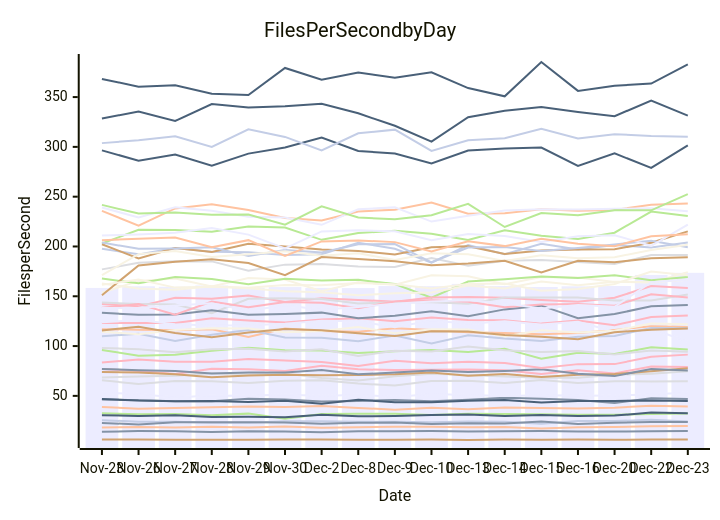
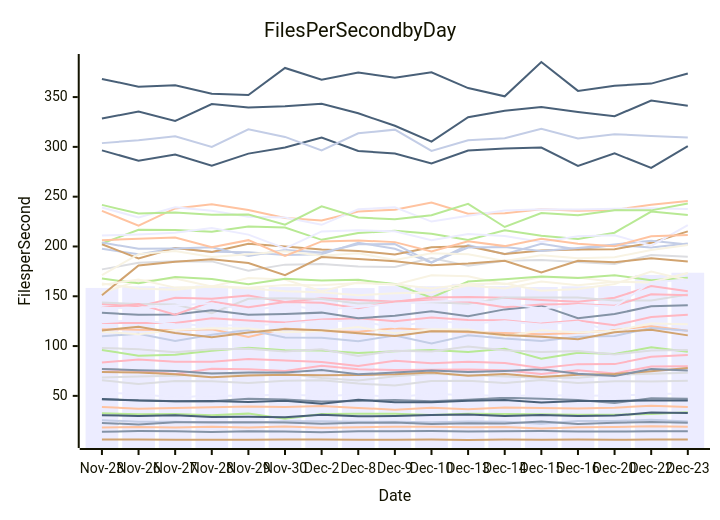
The diagram in perf-report.md (streetsidesoftware/cspell), drawn with Mermaid before and after one commit. The commit also changed other lines of this file and 1 other file, not shown here.

````diff
--- a/perf-report.md
+++ b/perf-report.md
@@ -10,57 +10,57 @@
 ```mermaid
 xychart-beta
     title Files Per Second by Day
     y-axis Files per Second
     x-axis Date [Nov-23, Nov-26, Nov-27, Nov-28, Nov-29, Nov-30, Dec-2, Dec-8, Dec-9, Dec-10, Dec-13, Dec-14, Dec-15, Dec-16, Dec-20, Dec-22, Dec-23]
-    bar [158.38, 160.01, 159.51, 160.85, 158.58, 159.25, 158.41, 158.24, 160.26, 160.13, 162.46, 160.30, 159.32, 159.99, 160.32, 171.41, 173.53]
-    line [46.39, 45.62, 44.62, 44.61, 47.22, 46.33, 44.42, 44.87, 45.90, 44.67, 46.00, 48.05, 47.07, 45.85, 42.75, 47.52, 46.92]
-    line [18.27, 18.83, 18.32, 19.02, 18.13, 19.36, 18.09, 18.49, 18.92, 19.04, 18.41, 18.71, 17.35, 18.44, 18.66, 19.39, 19.85]
-    line [68.53, 69.45, 70.29, 72.76, 71.50, 72.49, 68.01, 65.32, 69.78, 72.32, 70.99, 69.49, 68.20, 68.29, 71.18, 72.28, 74.73]
-    line [32.47, 31.60, 31.68, 30.55, 32.17, 27.01, 31.76, 31.99, 31.99, 30.84, 32.08, 31.89, 31.67, 31.01, 31.00, 31.79, 32.41]
-    line [6.29, 6.16, 6.03, 5.90, 6.01, 6.16, 6.12, 6.00, 6.03, 6.11, 5.69, 6.12, 5.85, 6.27, 5.94, 6.19, 6.21]
-    line [25.56, 24.09, 24.00, 22.97, 23.09, 24.60, 24.46, 23.99, 23.97, 23.56, 24.27, 23.97, 21.89, 24.77, 24.75, 25.98, 24.27]
-    line [76.91, 75.07, 72.02, 77.23, 76.76, 75.06, 80.27, 76.65, 75.94, 76.12, 76.57, 75.62, 71.86, 75.70, 72.52, 79.52, 78.97]
-    line [328.52, 335.50, 325.97, 342.99, 339.55, 340.91, 343.35, 333.69, 321.17, 305.21, 329.78, 336.28, 339.96, 335.03, 330.81, 346.52, 331.41]
-    line [153.59, 165.34, 167.76, 159.74, 168.29, 166.84, 155.06, 164.08, 161.66, 171.02, 169.99, 161.97, 169.28, 168.79, 164.45, 163.90, 174.21]
-    line [53.20, 51.79, 48.42, 50.26, 50.21, 51.36, 49.95, 51.18, 48.94, 51.93, 50.78, 49.91, 50.66, 50.34, 50.02, 51.61, 53.14]
-    line [22.82, 21.29, 23.51, 23.57, 23.50, 23.32, 21.90, 22.93, 23.26, 21.71, 22.48, 22.26, 24.16, 21.86, 22.99, 23.86, 23.78]
-    line [117.00, 116.48, 115.76, 116.91, 109.21, 117.71, 115.04, 114.43, 117.93, 116.17, 113.85, 113.19, 111.86, 113.23, 116.22, 119.95, 119.08]
-    line [65.76, 61.80, 64.96, 64.67, 62.90, 65.22, 65.65, 62.39, 60.36, 64.84, 65.11, 62.93, 65.98, 63.02, 64.70, 64.39, 64.73]
-    line [167.81, 163.00, 169.37, 167.40, 162.13, 167.55, 165.94, 166.49, 162.27, 148.64, 164.74, 167.10, 169.90, 168.25, 171.20, 165.98, 169.45]
-    line [73.90, 73.49, 71.80, 68.80, 70.33, 71.28, 70.66, 70.99, 71.64, 73.38, 70.10, 71.99, 68.96, 71.11, 72.00, 74.62, 77.83]
-    line [197.78, 192.08, 198.49, 194.68, 194.09, 191.43, 192.21, 203.69, 197.75, 183.65, 201.42, 192.31, 202.71, 196.90, 201.49, 199.06, 203.95]
-    line [123.12, 123.27, 123.12, 128.04, 125.68, 123.73, 126.68, 128.02, 124.91, 128.75, 126.25, 125.99, 122.54, 125.77, 120.95, 129.07, 130.68]
-    line [296.48, 286.19, 292.24, 281.16, 293.25, 299.40, 309.39, 295.84, 293.27, 283.38, 296.25, 298.40, 299.27, 280.90, 293.45, 278.89, 301.60]
-    line [162.75, 157.87, 156.54, 160.15, 158.52, 161.43, 161.03, 163.37, 162.01, 157.69, 162.41, 162.92, 155.61, 157.24, 162.25, 174.81, 171.09]
-    line [123.92, 126.14, 121.82, 120.62, 120.89, 122.51, 125.41, 124.96, 118.90, 125.77, 122.50, 124.97, 121.63, 124.44, 114.40, 117.66, 104.37]
-    line [77.00, 75.69, 74.97, 72.54, 73.38, 73.35, 76.02, 71.59, 73.55, 75.54, 73.95, 75.07, 76.77, 72.26, 69.84, 77.03, 75.50]
-    line [235.78, 220.97, 238.24, 242.33, 236.55, 228.65, 226.03, 235.13, 236.77, 244.11, 232.83, 233.41, 237.39, 235.87, 236.73, 241.85, 243.26]
-    line [177.02, 183.57, 185.12, 185.03, 175.76, 181.77, 182.47, 179.95, 179.31, 188.38, 180.77, 185.77, 186.35, 184.33, 182.33, 191.53, 191.35]
-    line [203.01, 216.67, 216.64, 214.89, 220.14, 219.09, 206.67, 213.42, 215.72, 212.77, 206.57, 216.35, 210.81, 207.51, 213.81, 235.09, 230.54]
-    line [202.22, 187.96, 198.52, 194.49, 202.79, 200.07, 197.01, 195.46, 191.88, 199.25, 200.18, 192.55, 195.85, 196.96, 197.31, 203.68, 215.20]
-    line [203.88, 197.62, 198.09, 199.18, 190.53, 196.53, 193.86, 202.32, 202.37, 184.12, 199.02, 199.50, 195.58, 198.56, 202.04, 205.76, 199.19]
-    line [142.14, 139.88, 148.61, 147.55, 150.86, 144.17, 148.12, 146.38, 144.41, 148.76, 149.26, 148.44, 146.25, 144.57, 148.51, 160.26, 158.33]
-    line [30.46, 29.86, 30.48, 28.76, 28.98, 28.47, 31.13, 29.50, 29.81, 30.70, 31.34, 29.78, 30.86, 29.89, 30.20, 33.22, 32.66]
-    line [171.19, 192.32, 195.34, 189.35, 192.30, 195.25, 190.71, 193.15, 186.55, 193.19, 192.23, 185.43, 191.26, 188.26, 189.10, 196.56, 201.71]
-    line [210.99, 212.04, 213.89, 218.50, 211.90, 198.01, 215.07, 216.21, 215.29, 206.31, 212.61, 210.51, 204.56, 210.18, 211.34, 200.66, 221.89]
-    line [13.95, 14.61, 14.49, 13.79, 14.45, 14.21, 13.55, 14.37, 14.53, 14.61, 14.25, 14.42, 14.66, 14.20, 14.14, 14.58, 14.74]
-    line [206.14, 207.83, 208.99, 199.30, 206.34, 190.41, 205.06, 206.03, 204.37, 194.91, 205.14, 200.36, 207.64, 202.85, 200.31, 210.29, 212.36]
-    line [143.68, 142.26, 141.63, 133.10, 147.45, 147.90, 147.19, 142.70, 144.08, 143.97, 142.44, 148.72, 148.74, 148.66, 145.81, 145.83, 151.69]
-    line [95.97, 90.32, 91.22, 95.22, 98.38, 95.87, 95.57, 93.03, 94.71, 95.93, 94.05, 97.42, 87.40, 93.20, 92.02, 98.77, 96.61]
-    line [151.12, 180.91, 184.73, 187.07, 183.30, 171.17, 189.43, 187.46, 185.27, 181.05, 182.93, 185.74, 173.94, 185.68, 184.19, 188.28, 189.18]
-    line [109.88, 112.40, 105.21, 111.47, 116.12, 108.62, 108.44, 104.81, 110.68, 102.65, 110.81, 107.51, 105.11, 109.29, 110.23, 118.20, 117.82]
-    line [83.53, 86.46, 84.38, 84.35, 87.05, 85.49, 84.05, 80.02, 85.30, 82.71, 84.32, 82.91, 77.95, 81.87, 81.89, 89.30, 91.41]
-    line [46.91, 45.25, 44.50, 44.73, 43.85, 45.20, 42.00, 46.02, 43.67, 43.68, 45.02, 45.75, 43.43, 44.94, 44.85, 45.35, 44.74]
-    line [114.46, 111.80, 116.19, 117.82, 117.56, 113.82, 115.04, 119.17, 112.82, 116.99, 116.61, 109.61, 115.93, 113.66, 115.36, 122.68, 121.86]
-    line [239.20, 229.08, 239.26, 235.89, 229.81, 229.18, 221.75, 237.38, 239.25, 224.99, 230.85, 236.16, 237.46, 237.06, 237.81, 238.36, 235.46]
-    line [133.37, 131.47, 131.60, 135.88, 131.34, 132.15, 133.58, 127.82, 130.48, 134.87, 129.94, 136.83, 140.59, 128.00, 132.13, 140.04, 141.29]
-    line [38.70, 37.18, 37.74, 38.63, 39.45, 38.80, 39.93, 37.87, 36.13, 38.10, 36.47, 38.38, 37.81, 37.32, 38.13, 39.99, 39.24]
-    line [97.96, 96.91, 93.91, 96.71, 97.20, 94.57, 96.80, 90.09, 95.39, 94.62, 99.56, 95.79, 93.99, 95.03, 91.66, 95.50, 94.40]
-    line [241.77, 233.01, 234.04, 231.90, 232.03, 221.81, 240.23, 229.14, 227.27, 231.37, 242.80, 219.56, 233.62, 231.32, 236.32, 236.26, 252.62]
-    line [115.65, 119.47, 113.07, 108.78, 113.61, 117.05, 115.87, 112.86, 110.11, 114.79, 114.58, 111.22, 109.33, 106.79, 113.91, 116.30, 117.69]
-    line [303.77, 306.69, 310.59, 299.95, 317.57, 310.02, 296.47, 313.58, 317.30, 295.96, 306.54, 308.67, 318.29, 308.47, 312.68, 311.01, 310.18]
-    line [138.37, 142.22, 131.52, 144.79, 139.07, 144.20, 143.55, 138.09, 144.82, 146.07, 144.49, 139.02, 141.78, 142.36, 140.50, 151.95, 148.75]
-    line [368.22, 360.42, 361.78, 353.39, 352.03, 379.23, 367.49, 374.69, 369.34, 374.83, 359.05, 350.76, 385.22, 356.23, 361.41, 363.52, 382.92]
-    line [161.45, 166.78, 158.69, 159.56, 158.17, 155.13, 153.99, 150.95, 152.99, 153.72, 160.91, 157.90, 164.74, 161.04, 164.69, 164.20, 166.70]
-    line [138.28, 138.39, 140.67, 142.96, 135.37, 140.89, 136.51, 139.19, 142.56, 144.70, 146.06, 142.91, 137.61, 141.27, 139.39, 164.22, 166.56]
+    bar [158.38, 160.01, 159.51, 160.85, 158.58, 159.25, 158.41, 158.24, 160.26, 160.13, 162.46, 160.30, 159.32, 159.99, 160.32, 171.41, 173.63]
+    line [46.39, 45.62, 44.62, 44.61, 47.22, 46.33, 44.42, 44.87, 45.90, 44.67, 46.00, 48.05, 47.07, 45.85, 42.75, 47.52, 47.13]
+    line [18.27, 18.83, 18.32, 19.02, 18.13, 19.36, 18.09, 18.49, 18.92, 19.04, 18.41, 18.71, 17.35, 18.44, 18.66, 19.39, 19.09]
+    line [68.53, 69.45, 70.29, 72.76, 71.50, 72.49, 68.01, 65.32, 69.78, 72.32, 70.99, 69.49, 68.20, 68.29, 71.18, 72.28, 73.31]
+    line [32.47, 31.60, 31.68, 30.55, 32.17, 27.01, 31.76, 31.99, 31.99, 30.84, 32.08, 31.89, 31.67, 31.01, 31.00, 31.79, 33.47]
+    line [6.29, 6.16, 6.03, 5.90, 6.01, 6.16, 6.12, 6.00, 6.03, 6.11, 5.69, 6.12, 5.85, 6.27, 5.94, 6.19, 6.19]
+    line [25.56, 24.09, 24.00, 22.97, 23.09, 24.60, 24.46, 23.99, 23.97, 23.56, 24.27, 23.97, 21.89, 24.77, 24.75, 25.98, 24.33]
+    line [76.91, 75.07, 72.02, 77.23, 76.76, 75.06, 80.27, 76.65, 75.94, 76.12, 76.57, 75.62, 71.86, 75.70, 72.52, 79.52, 79.62]
+    line [328.52, 335.50, 325.97, 342.99, 339.55, 340.91, 343.35, 333.69, 321.17, 305.21, 329.78, 336.28, 339.96, 335.03, 330.81, 346.52, 341.23]
+    line [153.59, 165.34, 167.76, 159.74, 168.29, 166.84, 155.06, 164.08, 161.66, 171.02, 169.99, 161.97, 169.28, 168.79, 164.45, 163.90, 173.50]
+    line [53.20, 51.79, 48.42, 50.26, 50.21, 51.36, 49.95, 51.18, 48.94, 51.93, 50.78, 49.91, 50.66, 50.34, 50.02, 51.61, 52.54]
+    line [22.82, 21.29, 23.51, 23.57, 23.50, 23.32, 21.90, 22.93, 23.26, 21.71, 22.48, 22.26, 24.16, 21.86, 22.99, 23.86, 23.12]
+    line [117.00, 116.48, 115.76, 116.91, 109.21, 117.71, 115.04, 114.43, 117.93, 116.17, 113.85, 113.19, 111.86, 113.23, 116.22, 119.95, 115.41]
+    line [65.76, 61.80, 64.96, 64.67, 62.90, 65.22, 65.65, 62.39, 60.36, 64.84, 65.11, 62.93, 65.98, 63.02, 64.70, 64.39, 65.06]
+    line [167.81, 163.00, 169.37, 167.40, 162.13, 167.55, 165.94, 166.49, 162.27, 148.64, 164.74, 167.10, 169.90, 168.25, 171.20, 165.98, 168.54]
+    line [73.90, 73.49, 71.80, 68.80, 70.33, 71.28, 70.66, 70.99, 71.64, 73.38, 70.10, 71.99, 68.96, 71.11, 72.00, 74.62, 77.91]
+    line [197.78, 192.08, 198.49, 194.68, 194.09, 191.43, 192.21, 203.69, 197.75, 183.65, 201.42, 192.31, 202.71, 196.90, 201.49, 199.06, 202.99]
+    line [123.12, 123.27, 123.12, 128.04, 125.68, 123.73, 126.68, 128.02, 124.91, 128.75, 126.25, 125.99, 122.54, 125.77, 120.95, 129.07, 131.35]
+    line [296.48, 286.19, 292.24, 281.16, 293.25, 299.40, 309.39, 295.84, 293.27, 283.38, 296.25, 298.40, 299.27, 280.90, 293.45, 278.89, 300.78]
+    line [162.75, 157.87, 156.54, 160.15, 158.52, 161.43, 161.03, 163.37, 162.01, 157.69, 162.41, 162.92, 155.61, 157.24, 162.25, 174.81, 166.08]
+    line [123.92, 126.14, 121.82, 120.62, 120.89, 122.51, 125.41, 124.96, 118.90, 125.77, 122.50, 124.97, 121.63, 124.44, 114.40, 117.66, 111.01]
+    line [77.00, 75.69, 74.97, 72.54, 73.38, 73.35, 76.02, 71.59, 73.55, 75.54, 73.95, 75.07, 76.77, 72.26, 69.84, 77.03, 75.59]
+    line [235.78, 220.97, 238.24, 242.33, 236.55, 228.65, 226.03, 235.13, 236.77, 244.11, 232.83, 233.41, 237.39, 235.87, 236.73, 241.85, 245.55]
+    line [177.02, 183.57, 185.12, 185.03, 175.76, 181.77, 182.47, 179.95, 179.31, 188.38, 180.77, 185.77, 186.35, 184.33, 182.33, 191.53, 189.79]
+    line [203.01, 216.67, 216.64, 214.89, 220.14, 219.09, 206.67, 213.42, 215.72, 212.77, 206.57, 216.35, 210.81, 207.51, 213.81, 235.09, 231.59]
+    line [202.22, 187.96, 198.52, 194.49, 202.79, 200.07, 197.01, 195.46, 191.88, 199.25, 200.18, 192.55, 195.85, 196.96, 197.31, 203.68, 215.18]
+    line [203.88, 197.62, 198.09, 199.18, 190.53, 196.53, 193.86, 202.32, 202.37, 184.12, 199.02, 199.50, 195.58, 198.56, 202.04, 205.76, 202.09]
+    line [142.14, 139.88, 148.61, 147.55, 150.86, 144.17, 148.12, 146.38, 144.41, 148.76, 149.26, 148.44, 146.25, 144.57, 148.51, 160.26, 155.04]
+    line [30.46, 29.86, 30.48, 28.76, 28.98, 28.47, 31.13, 29.50, 29.81, 30.70, 31.34, 29.78, 30.86, 29.89, 30.20, 33.22, 32.78]
+    line [171.19, 192.32, 195.34, 189.35, 192.30, 195.25, 190.71, 193.15, 186.55, 193.19, 192.23, 185.43, 191.26, 188.26, 189.10, 196.56, 201.53]
+    line [210.99, 212.04, 213.89, 218.50, 211.90, 198.01, 215.07, 216.21, 215.29, 206.31, 212.61, 210.51, 204.56, 210.18, 211.34, 200.66, 221.54]
+    line [13.95, 14.61, 14.49, 13.79, 14.45, 14.21, 13.55, 14.37, 14.53, 14.61, 14.25, 14.42, 14.66, 14.20, 14.14, 14.58, 14.60]
+    line [206.14, 207.83, 208.99, 199.30, 206.34, 190.41, 205.06, 206.03, 204.37, 194.91, 205.14, 200.36, 207.64, 202.85, 200.31, 210.29, 211.40]
+    line [143.68, 142.26, 141.63, 133.10, 147.45, 147.90, 147.19, 142.70, 144.08, 143.97, 142.44, 148.72, 148.74, 148.66, 145.81, 145.83, 151.83]
+    line [95.97, 90.32, 91.22, 95.22, 98.38, 95.87, 95.57, 93.03, 94.71, 95.93, 94.05, 97.42, 87.40, 93.20, 92.02, 98.77, 94.24]
+    line [151.12, 180.91, 184.73, 187.07, 183.30, 171.17, 189.43, 187.46, 185.27, 181.05, 182.93, 185.74, 173.94, 185.68, 184.19, 188.28, 184.90]
+    line [109.88, 112.40, 105.21, 111.47, 116.12, 108.62, 108.44, 104.81, 110.68, 102.65, 110.81, 107.51, 105.11, 109.29, 110.23, 118.20, 115.47]
+    line [83.53, 86.46, 84.38, 84.35, 87.05, 85.49, 84.05, 80.02, 85.30, 82.71, 84.32, 82.91, 77.95, 81.87, 81.89, 89.30, 91.05]
+    line [46.91, 45.25, 44.50, 44.73, 43.85, 45.20, 42.00, 46.02, 43.67, 43.68, 45.02, 45.75, 43.43, 44.94, 44.85, 45.35, 45.26]
+    line [114.46, 111.80, 116.19, 117.82, 117.56, 113.82, 115.04, 119.17, 112.82, 116.99, 116.61, 109.61, 115.93, 113.66, 115.36, 122.68, 122.00]
+    line [239.20, 229.08, 239.26, 235.89, 229.81, 229.18, 221.75, 237.38, 239.25, 224.99, 230.85, 236.16, 237.46, 237.06, 237.81, 238.36, 237.53]
+    line [133.37, 131.47, 131.60, 135.88, 131.34, 132.15, 133.58, 127.82, 130.48, 134.87, 129.94, 136.83, 140.59, 128.00, 132.13, 140.04, 140.98]
+    line [38.70, 37.18, 37.74, 38.63, 39.45, 38.80, 39.93, 37.87, 36.13, 38.10, 36.47, 38.38, 37.81, 37.32, 38.13, 39.99, 38.82]
+    line [97.96, 96.91, 93.91, 96.71, 97.20, 94.57, 96.80, 90.09, 95.39, 94.62, 99.56, 95.79, 93.99, 95.03, 91.66, 95.50, 96.00]
+    line [241.77, 233.01, 234.04, 231.90, 232.03, 221.81, 240.23, 229.14, 227.27, 231.37, 242.80, 219.56, 233.62, 231.32, 236.32, 236.26, 243.21]
+    line [115.65, 119.47, 113.07, 108.78, 113.61, 117.05, 115.87, 112.86, 110.11, 114.79, 114.58, 111.22, 109.33, 106.79, 113.91, 116.30, 110.75]
+    line [303.77, 306.69, 310.59, 299.95, 317.57, 310.02, 296.47, 313.58, 317.30, 295.96, 306.54, 308.67, 318.29, 308.47, 312.68, 311.01, 309.50]
+    line [138.37, 142.22, 131.52, 144.79, 139.07, 144.20, 143.55, 138.09, 144.82, 146.07, 144.49, 139.02, 141.78, 142.36, 140.50, 151.95, 151.06]
+    line [368.22, 360.42, 361.78, 353.39, 352.03, 379.23, 367.49, 374.69, 369.34, 374.83, 359.05, 350.76, 385.22, 356.23, 361.41, 363.52, 373.73]
+    line [161.45, 166.78, 158.69, 159.56, 158.17, 155.13, 153.99, 150.95, 152.99, 153.72, 160.91, 157.90, 164.74, 161.04, 164.69, 164.20, 173.24]
+    line [138.28, 138.39, 140.67, 142.96, 135.37, 140.89, 136.51, 139.19, 142.56, 144.70, 146.06, 142.91, 137.61, 141.27, 139.39, 164.22, 166.52]
 ```
````
